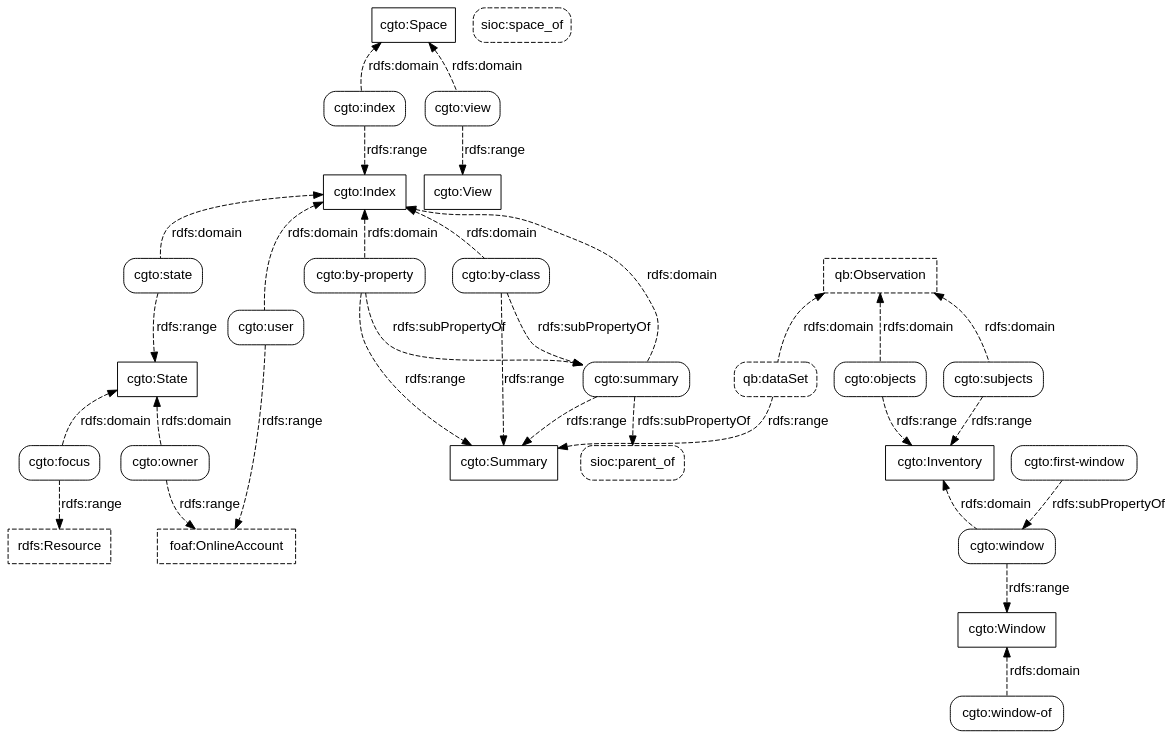
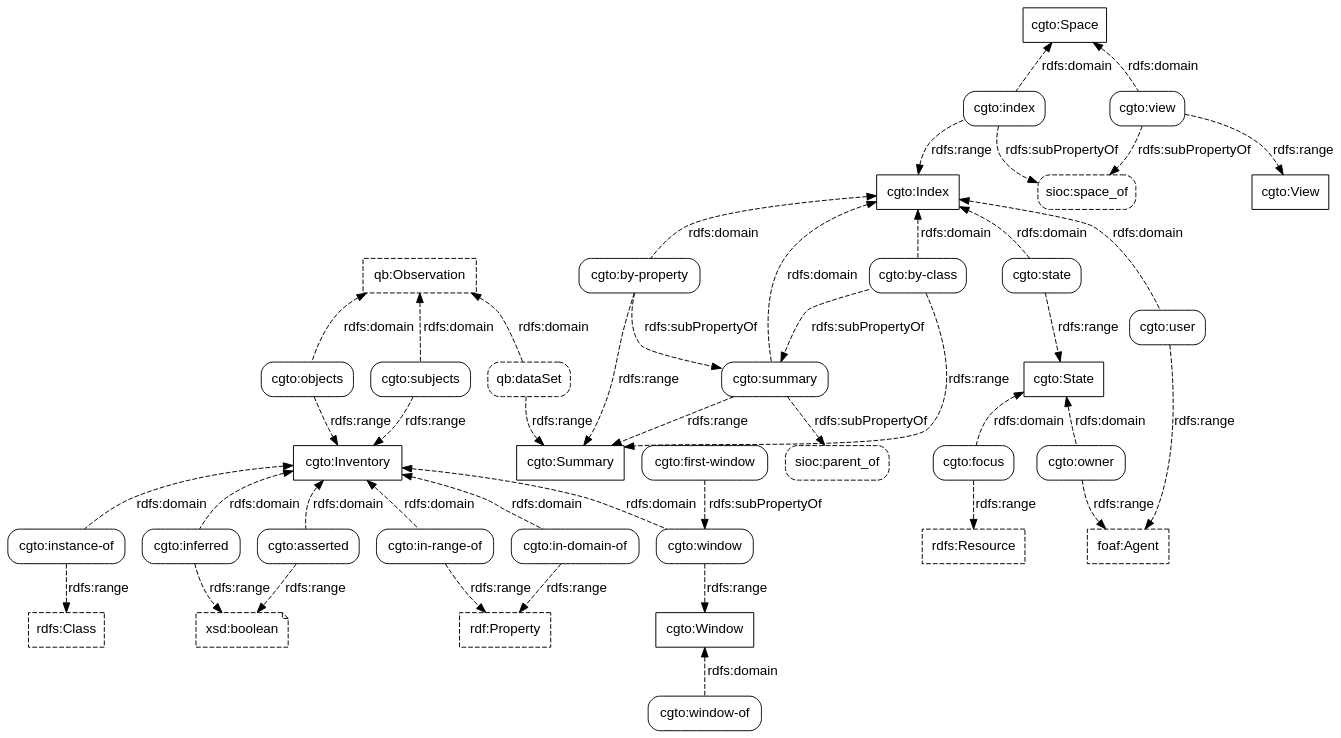
Before and after one commit to doriantaylor/owl-graph-tool: the diagram in graph-tool-properties.dot, drawn with Graphviz. The commit also changed 3 other files, not shown here.

```diff
--- a/graph-tool-properties.dot
+++ b/graph-tool-properties.dot
@@ -1,100 +1,126 @@
 digraph {
     graph [bgcolor=transparent,rankdir=TB];
     node [shape=box,style=rounded,color="#000000",fontcolor="#000000",fontname="Lucida Grande, Lucida Sans Unicode, sans-serif"];
     edge [concentrate=true,color="#000000",fontcolor="#000000",fontname="Lucida Grande, Lucida Sans Unicode, sans-serif"];
 
     // third-party classes
 
     subgraph {
         node [shape=box, style=dashed];
-        foaf_OnlineAccount [label="foaf:OnlineAccount", href="http://xmlns.com/foaf/spec/#term_OnlineAccount"];
+        foaf_Agent [label="foaf:Agent", href="http://xmlns.com/foaf/spec/#term_Agent"];
+        // foaf_OnlineAccount [label="foaf:OnlineAccount", href="http://xmlns.com/foaf/spec/#term_OnlineAccount"];
         qb_Observation [label="qb:Observation", href="https://www.w3.org/TR/vocab-data-cube/#reference-observations"];
         rdfs_Resource [label="rdfs:Resource", href="https://www.w3.org/TR/rdf-schema/#ch_resource"];
-
+        rdfs_Class [label="rdfs:Class", href="https://www.w3.org/TR/rdf-schema/#ch_class"];
+        rdf_Property [label="rdf:Property", href="https://www.w3.org/TR/rdf-schema/#ch_property"];
     }
 
     // our classes
 
     subgraph {
         node [shape=box, style=""];
         // cgto_Error [label="cgto:Error", href="https://vocab.methodandstructure.com/graph-tool#Error"];
         cgto_Index [label="cgto:Index", href="https://vocab.methodandstructure.com/graph-tool#Index"];
         cgto_Inventory [label="cgto:Inventory", href="https://vocab.methodandstructure.com/graph-tool#Inventory"];
         cgto_Space [label="cgto:Space", href="https://vocab.methodandstructure.com/graph-tool#Space"];
         cgto_State [label="cgto:State", href="https://vocab.methodandstructure.com/graph-tool#State"];
         cgto_Summary [label="cgto:Summary", href="https://vocab.methodandstructure.com/graph-tool#Summary"];
         cgto_View [label="cgto:View", href="https://vocab.methodandstructure.com/graph-tool#View"];
         cgto_Window [label="cgto:Window", href="https://vocab.methodandstructure.com/graph-tool#Window"];
+    }
+
+    // datatypes
+
+    subgraph {
+        node [shape=note, style=dashed];
+        xsd_boolean [label="xsd:boolean", href="https://www.w3.org/TR/xmlschema-2/#boolean"]
     }
 
     // third-party properties
 
     subgraph {
         node [style="dashed,rounded"];
         qb_dataSet [label="qb:dataSet", href="https://www.w3.org/TR/vocab-data-cube/#reference-observations"];
         sioc_parent_of [label="sioc:parent_of", href="http://rdfs.org/spec/#term_parent_of"];
         sioc_space_of [label="sioc:space_of", href="http://rdfs.org/spec/#term_space_of"];
     }
 
     // our properties
 
     cgto_by_class [label="cgto:by-class", href="https://vocab.methodandstructure.com/graph-tool#by-class"];
     cgto_by_property [label="cgto:by-property", href="https://vocab.methodandstructure.com/graph-tool#by-property"];
     cgto_first_window [label="cgto:first-window", href="https://vocab.methodandstructure.com/graph-tool#first-window"];
     cgto_focus [label="cgto:focus", href="https://vocab.methodandstructure.com/graph-tool#focus"];
     cgto_index [label="cgto:index", href="https://vocab.methodandstructure.com/graph-tool#index"];
     cgto_objects [label="cgto:objects", href="https://vocab.methodandstructure.com/graph-tool#objects"];
     cgto_owner [label="cgto:owner", href="https://vocab.methodandstructure.com/graph-tool#owner "];
     cgto_state  [label="cgto:state", href="https://vocab.methodandstructure.com/graph-tool#state"];
     cgto_subjects [label="cgto:subjects", href="https://vocab.methodandstructure.com/graph-tool#subjects"];
     cgto_summary [label="cgto:summary", href="https://vocab.methodandstructure.com/graph-tool#summary"];
     cgto_user  [label="cgto:user",  href="https://vocab.methodandstructure.com/graph-tool#user"];
     cgto_view  [label="cgto:view",  href="https://vocab.methodandstructure.com/graph-tool#view"];
     cgto_window [label="cgto:window", href="https://vocab.methodandstructure.com/graph-tool#window"];
     cgto_window_of [label="cgto:window-of", href="https://vocab.methodandstructure.com/graph-tool#window-of"];
+    cgto_instance_of [label="cgto:instance-of", href="https://vocab.methodandstructure.com/graph-tool#instance-of"];
+    cgto_in_domain_of [label="cgto:in-domain-of", href="https://vocab.methodandstructure.com/graph-tool#in-domain-of"];
+    cgto_in_range_of [label="cgto:in-range-of", href="https://vocab.methodandstructure.com/graph-tool#in-range-of"];
+    cgto_asserted [label="cgto:asserted", href="https://vocab.methodandstructure.com/graph-tool#asserted"];
+    cgto_inferred [label="cgto:inferred", href="https://vocab.methodandstructure.com/graph-tool#inferred"];
 
     // relations
 
     subgraph {
         edge [style=dashed, label="rdfs:subPropertyOf"];
         cgto_by_class     -> cgto_summary -> sioc_parent_of;
         cgto_by_property  -> cgto_summary;
 	cgto_first_window -> cgto_window;
+        cgto_index        -> sioc_space_of;
+        cgto_view         -> sioc_space_of;
         // cgto_focus        -> sioc_space_of;
     }
 
     subgraph {
         edge [style=dashed, dir=back, label="rdfs:domain"];
+	cgto_Inventory -> cgto_window;
+	cgto_State     -> cgto_owner;
+	cgto_Window    -> cgto_window_of;
         cgto_Index     -> cgto_by_class;
         cgto_Index     -> cgto_by_property;
         cgto_Index     -> cgto_state;
         cgto_Index     -> cgto_summary;
         cgto_Index     -> cgto_user;
-	cgto_Inventory -> cgto_window;
+        cgto_Inventory -> cgto_asserted;
+        cgto_Inventory -> cgto_in_domain_of;
+        cgto_Inventory -> cgto_in_range_of;
+        cgto_Inventory -> cgto_inferred;
+        cgto_Inventory -> cgto_instance_of;
         cgto_Space     -> cgto_index;
         cgto_Space     -> cgto_view;
         cgto_State     -> cgto_focus;
-	cgto_State     -> cgto_owner;
-	cgto_Window    -> cgto_window_of;
         qb_Observation -> cgto_objects;
         qb_Observation -> cgto_subjects;
         qb_Observation -> qb_dataSet;
     }
 
     subgraph {
         edge [style=dashed, label="rdfs:range"];
-        cgto_by_class    -> cgto_Summary;
-        cgto_by_property -> cgto_Summary;
-        cgto_focus       -> rdfs_Resource;
-        cgto_index       -> cgto_Index;
-        cgto_objects     -> cgto_Inventory;
-        cgto_owner       -> foaf_OnlineAccount;
-        cgto_state       -> cgto_State;
-        cgto_subjects    -> cgto_Inventory;
-        cgto_summary     -> cgto_Summary;
-	cgto_user        -> foaf_OnlineAccount;
-        cgto_view        -> cgto_View;
-        cgto_window      -> cgto_Window;
-        qb_dataSet       -> cgto_Summary;
+	cgto_user         -> foaf_Agent;
+        cgto_asserted     -> xsd_boolean;
+        cgto_by_class     -> cgto_Summary;
+        cgto_by_property  -> cgto_Summary;
+        cgto_focus        -> rdfs_Resource;
+        cgto_in_domain_of -> rdf_Property;
+        cgto_in_range_of  -> rdf_Property;
+        cgto_index        -> cgto_Index;
+        cgto_inferred     -> xsd_boolean;
+        cgto_instance_of  -> rdfs_Class;
+        cgto_objects      -> cgto_Inventory;
+        cgto_owner        -> foaf_Agent;
+        cgto_state        -> cgto_State;
+        cgto_subjects     -> cgto_Inventory;
+        cgto_summary      -> cgto_Summary;
+        cgto_view         -> cgto_View;
+        cgto_window       -> cgto_Window;
+        qb_dataSet        -> cgto_Summary;
     }
 }
```
